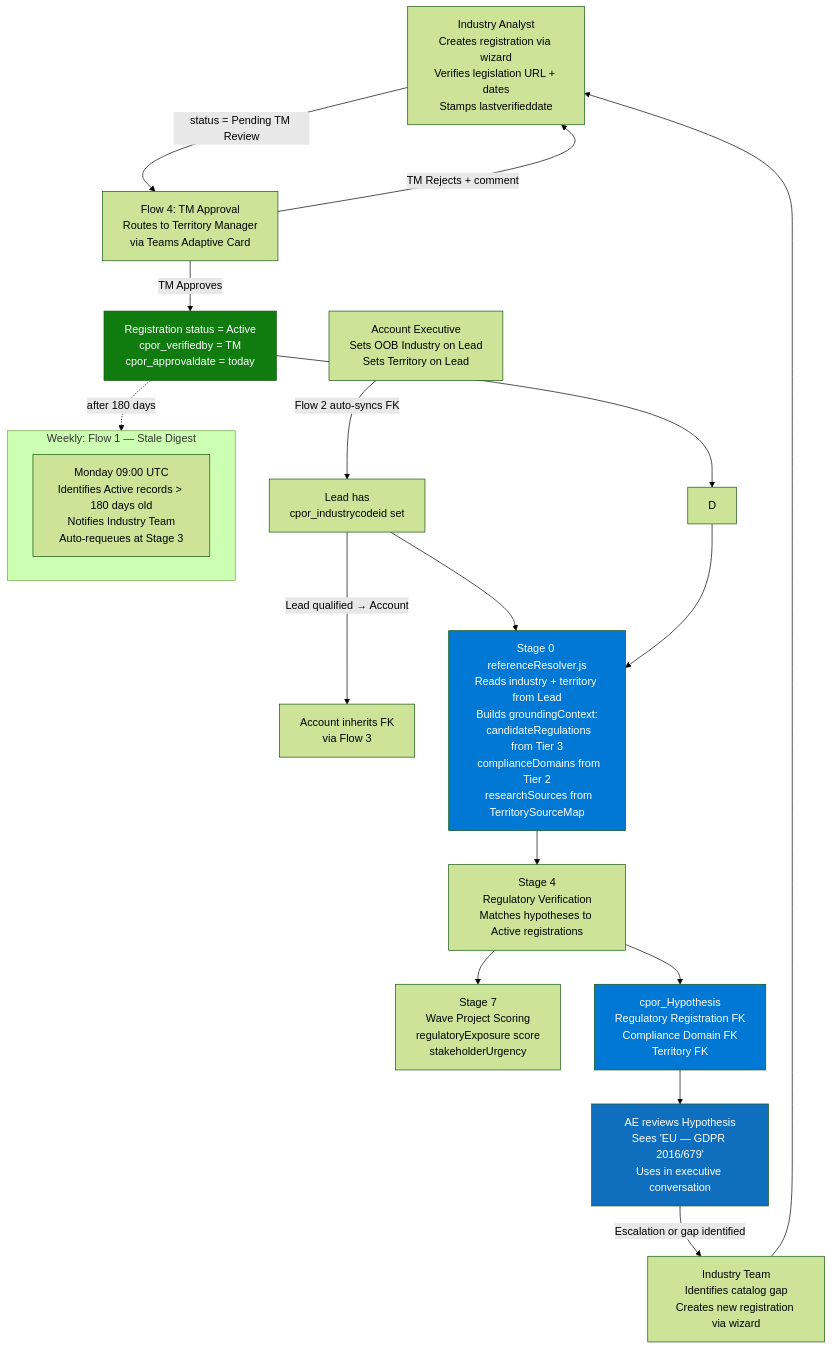
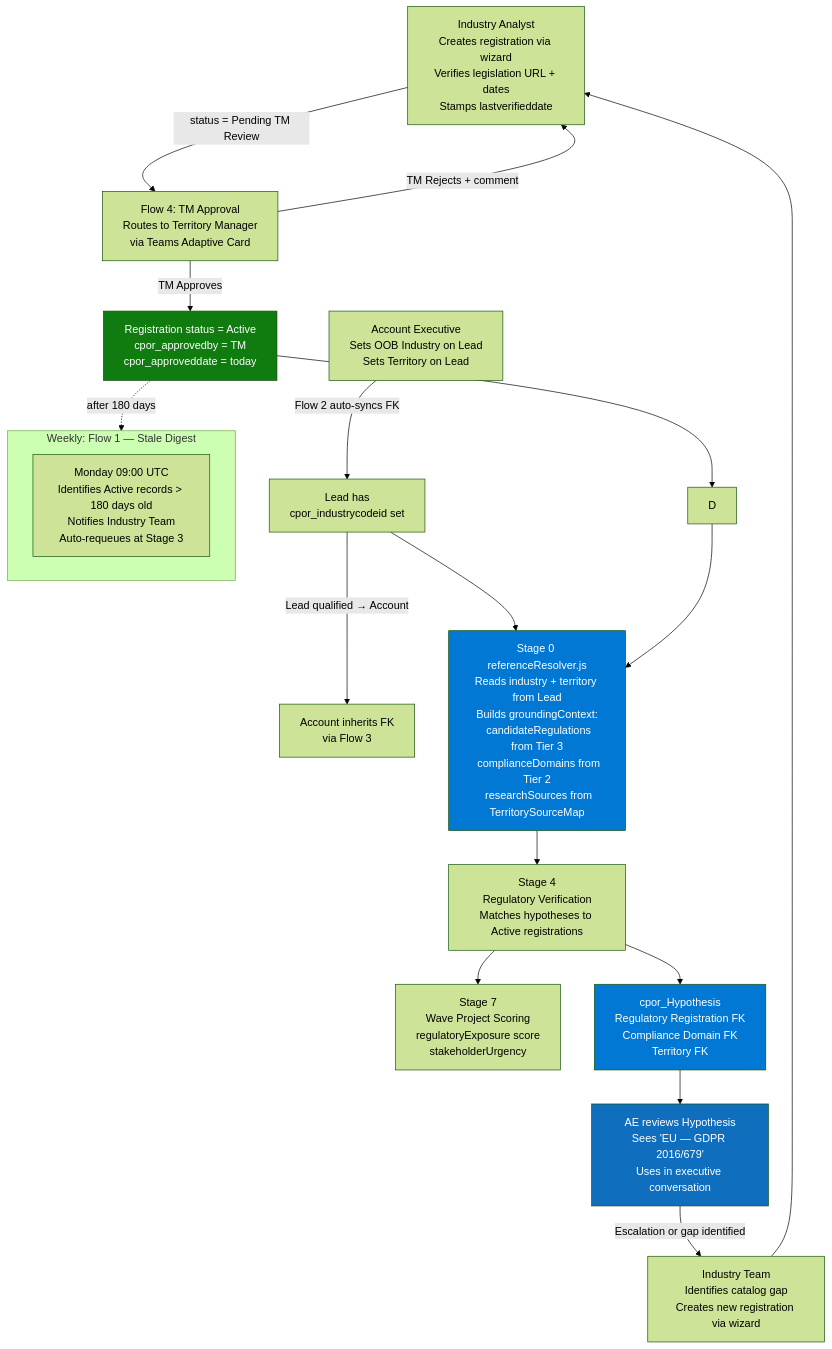
Diagram 12 of 23 in README.md (enewbold-devops/CPOR-Industry-Engagement), drawn with Mermaid (forest theme) before and after one commit. The commit also changed other lines of this file and 9 other files, not shown here.

````diff
--- a/README.md
+++ b/README.md
@@ -498,33 +666,33 @@
 ```mermaid
 flowchart TD
     A[Industry Analyst\nCreates registration via wizard\nVerifies legislation URL + dates\nStamps lastverifieddate] -->|status = Pending TM Review| B
 
     B[Flow 4: TM Approval\nRoutes to Territory Manager\nvia Teams Adaptive Card] -->|TM Approves| C
     B -->|TM Rejects + comment| A
 
-    C[Registration status = Active\ncpor_verifiedby = TM\ncpor_approvaldate = today] --> D
+    C[Registration status = Active\ncpor_approvedby = TM\ncpor_approveddate = today] --> D
 
     E[Account Executive\nSets OOB Industry on Lead\nSets Territory on Lead] -->|Flow 2 auto-syncs FK| F[Lead has\ncpor_industrycodeid set]
     F -->|Lead qualified → Account| G[Account inherits FK\nvia Flow 3]
 
     F --> H[Stage 0 referenceResolver.js\nReads industry + territory from Lead\nBuilds groundingContext:\n  candidateRegulations from Tier 3\n  complianceDomains from Tier 2\n  researchSources from TerritorySourceMap]
     D --> H
 
     H --> I[Stage 4\nRegulatory Verification\nMatches hypotheses to Active registrations]
     I --> J[Stage 7\nWave Project Scoring\nregulatoryExposure score\nstakeholderUrgency]
     I --> K[cpor_Hypothesis\nRegulatory Registration FK\nCompliance Domain FK\nTerritory FK]
 
     K --> L[AE reviews Hypothesis\nSees 'EU — GDPR 2016/679'\nUses in executive conversation]
     L -->|Escalation or gap identified| M[Industry Team\nIdentifies catalog gap\nCreates new registration via wizard]
     M --> A
 
     subgraph STALE["Weekly: Flow 1 — Stale Digest"]
         N[Monday 09:00 UTC\nIdentifies Active records > 180 days old\nNotifies Industry Team\nAuto-requeues at Stage 3]
     end
     C -.->|after 180 days| STALE
 
     style C fill:#107c10,color:#fff
     style H fill:#0078d4,color:#fff
     style K fill:#0078d4,color:#fff
     style L fill:#106ebe,color:#fff
 ```
````
